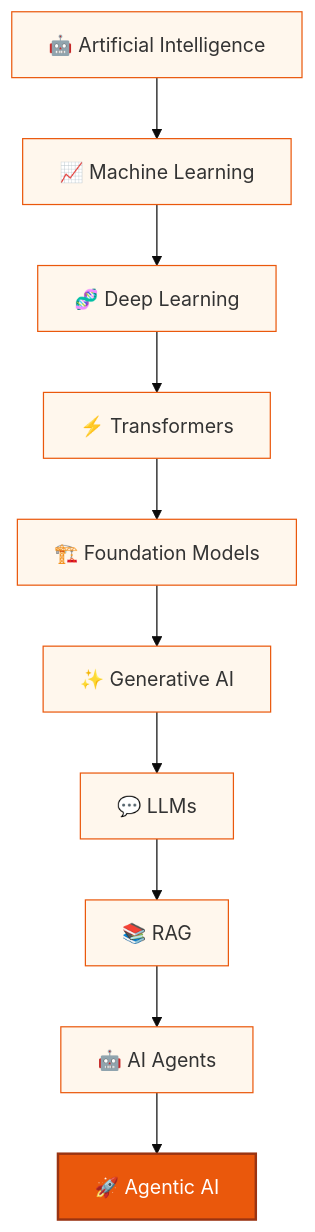
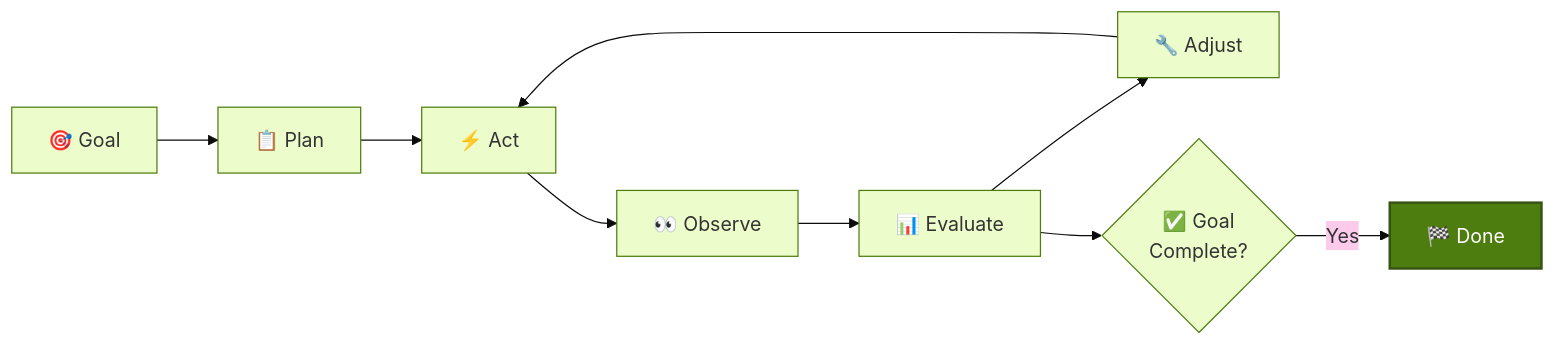
Before and after one commit to maliksiddiq/learning-agentic-ai: the second of 3 diagrams in Agentic Ai Learning/00 Introduction of Ai/readme.md, drawn with Mermaid. The commit also changed other lines of this file and 2 other files, not shown here.

````diff
--- a/Agentic Ai Learning/00 Introduction of Ai/readme.md
+++ b/Agentic Ai Learning/00 Introduction of Ai/readme.md
@@ -244,17 +167,13 @@
 ```mermaid
-%%{init: {'theme':'base', 'themeVariables': {'primaryColor':'#fff7ed','primaryBorderColor':'#ea580c'}}}%%
-graph TD
-    AI2[🤖 Artificial Intelligence]
-    AI2 --> ML2[📈 Machine Learning]
-    ML2 --> DL2[🧬 Deep Learning]
-    DL2 --> TR2[⚡ Transformers]
-    TR2 --> FM2[🏗️ Foundation Models]
-    FM2 --> GEN2[✨ Generative AI]
-    GEN2 --> LLM5[💬 LLMs]
-    LLM5 --> RAG5[📚 RAG]
-    RAG5 --> AGENT5[🤖 AI Agents]
-    AGENT5 --> AGENTIC5[🚀 Agentic AI]
-
-    classDef highlight fill:#ea580c,color:#fff,stroke:#9a3412,stroke-width:2px;
-    class AGENTIC5 highlight;
+%%{init: {'theme':'base', 'themeVariables': {'primaryColor':'#ecfccb','primaryBorderColor':'#4d7c0f'}}}%%
+flowchart LR
+    GOAL2[🎯 Goal] --> PLAN4[📋 Plan]
+    PLAN4 --> ACT3[⚡ Act]
+    ACT3 --> OBS2[👀 Observe]
+    OBS2 --> EVAL2[📊 Evaluate]
+    EVAL2 --> ADJ[🔧 Adjust]
+    ADJ --> ACT3
+    EVAL2 --> COMPLETE{✅ Goal<br/>Complete?}
+    COMPLETE -- Yes --> DONE2[🏁 Done]
+    style DONE2 fill:#4d7c0f,color:#fff,stroke:#365314,stroke-width:2px
 ```
````
